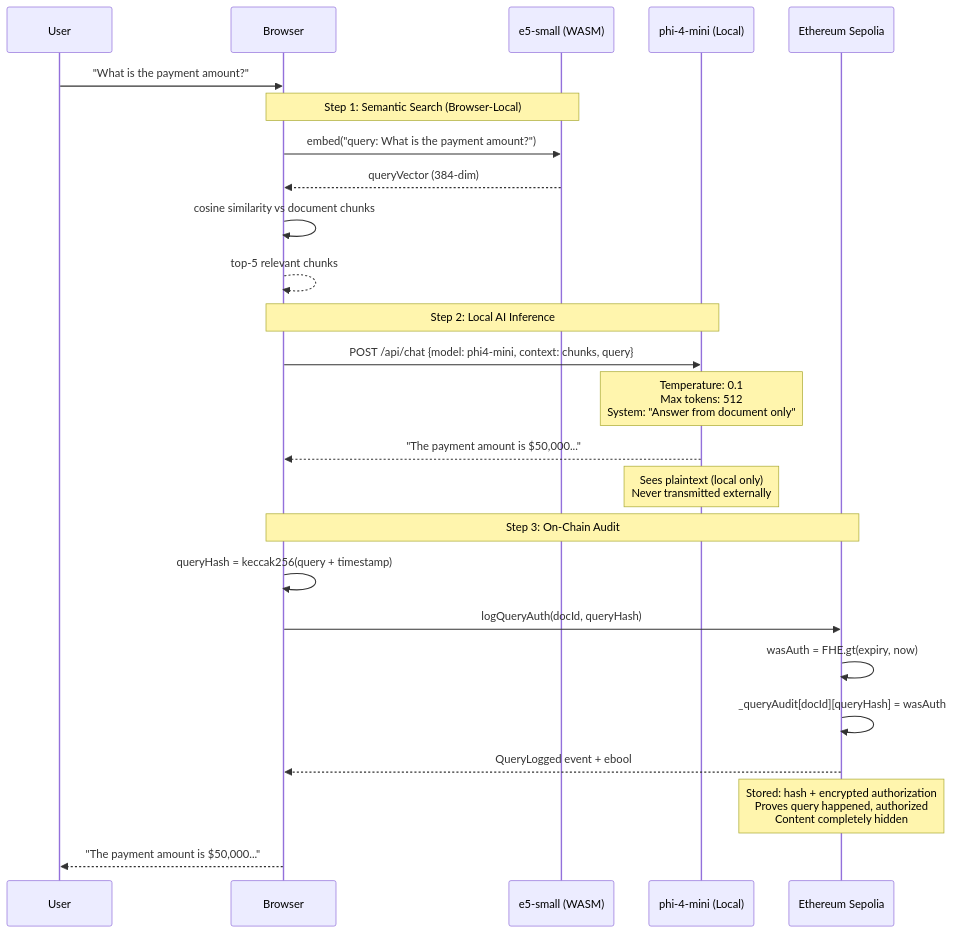
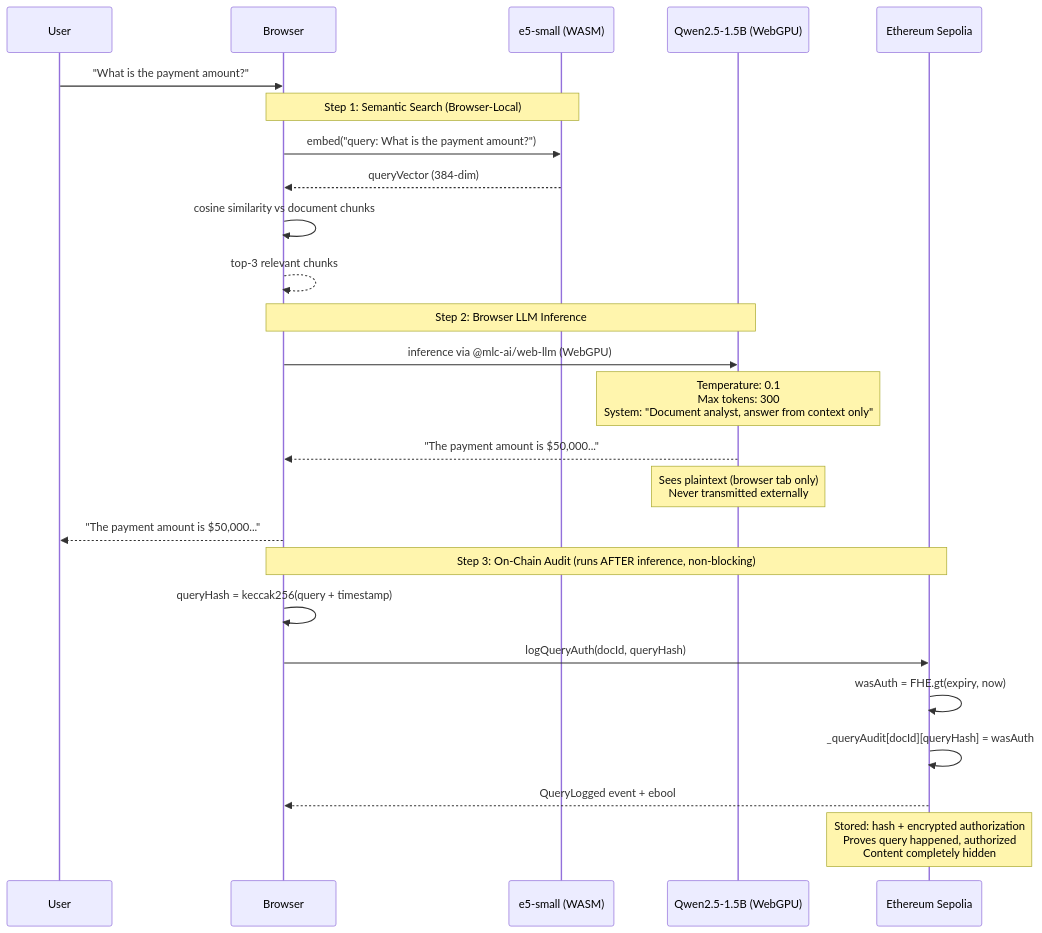
One commit to harystyleseze/custos changed the fifth of 16 diagrams in ARCHITECTURE.md. Above: the diagram before and after it, drawn with Mermaid. The commit also changed other lines of this file and 3 other files, not shown here.

````diff
--- a/ARCHITECTURE.md
+++ b/ARCHITECTURE.md
@@ -162,32 +158,32 @@
 ```mermaid
 sequenceDiagram
     participant User
     participant Browser
     participant E5 as e5-small (WASM)
-    participant Ollama as phi-4-mini (Local)
+    participant WebLLM as Qwen2.5-1.5B (WebGPU)
     participant Sepolia as Ethereum Sepolia
 
     User->>Browser: "What is the payment amount?"
     
     Note over Browser,E5: Step 1: Semantic Search (Browser-Local)
     Browser->>E5: embed("query: What is the payment amount?")
     E5-->>Browser: queryVector (384-dim)
     Browser->>Browser: cosine similarity vs document chunks
-    Browser-->>Browser: top-5 relevant chunks
+    Browser-->>Browser: top-3 relevant chunks
 
-    Note over Browser,Ollama: Step 2: Local AI Inference
-    Browser->>Ollama: POST /api/chat {model: phi4-mini, context: chunks, query}
-    Note over Ollama: Temperature: 0.1<br/>Max tokens: 512<br/>System: "Answer from document only"
-    Ollama-->>Browser: "The payment amount is $50,000..."
-    Note over Ollama: Sees plaintext (local only)<br/>Never transmitted externally
+    Note over Browser,WebLLM: Step 2: Browser LLM Inference
+    Browser->>WebLLM: inference via @mlc-ai/web-llm (WebGPU)
+    Note over WebLLM: Temperature: 0.1<br/>Max tokens: 300<br/>System: "Document analyst, answer from context only"
+    WebLLM-->>Browser: "The payment amount is $50,000..."
+    Note over WebLLM: Sees plaintext (browser tab only)<br/>Never transmitted externally
 
-    Note over Browser,Sepolia: Step 3: On-Chain Audit
+    Browser-->>User: "The payment amount is $50,000..."
+
+    Note over Browser,Sepolia: Step 3: On-Chain Audit (runs AFTER inference, non-blocking)
     Browser->>Browser: queryHash = keccak256(query + timestamp)
     Browser->>Sepolia: logQueryAuth(docId, queryHash)
     Sepolia->>Sepolia: wasAuth = FHE.gt(expiry, now)
     Sepolia->>Sepolia: _queryAudit[docId][queryHash] = wasAuth
     Sepolia-->>Browser: QueryLogged event + ebool
     Note over Sepolia: Stored: hash + encrypted authorization<br/>Proves query happened, authorized<br/>Content completely hidden
-
-    Browser-->>User: "The payment amount is $50,000..."
 ```
````
